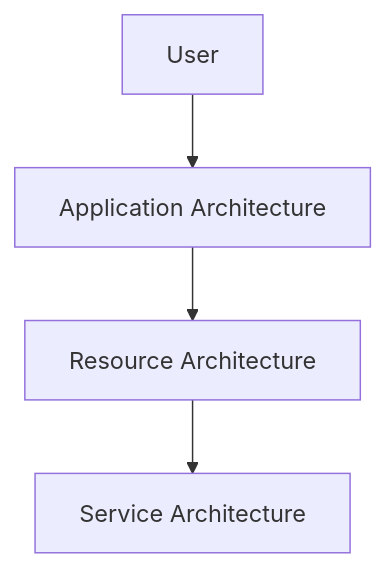
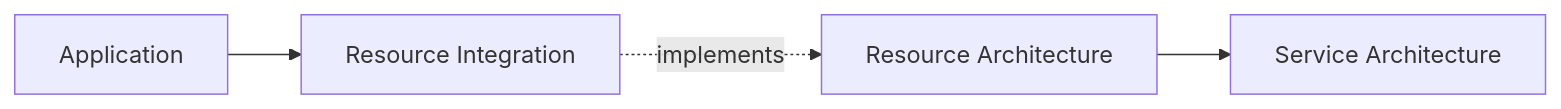
Before and after one commit to kjvonly/kjvonly.bible: the third of 6 diagrams in docs/PROJECT_CONTEXT.md, drawn with Mermaid. The commit also changed other lines of this file, not shown here.

````diff
--- a/docs/PROJECT_CONTEXT.md
+++ b/docs/PROJECT_CONTEXT.md
@@ -664,17 +761,17 @@
-```mermaid
-flowchart TD
+```mermaid id="j3s2pg"
+flowchart LR
 
-    User["User"]
+    Application
 
-    Application["Application Architecture"]
+    ResourceIntegration["Resource Integration"]
 
-    Resources["Resource Architecture"]
+    ResourceArchitecture["Resource Architecture"]
 
-    Services["Service Architecture"]
+    ServiceArchitecture["Service Architecture"]
 
-    User --> Application
+    Application --> ResourceIntegration
 
-    Application --> Resources
+    ResourceIntegration -.implements.-> ResourceArchitecture
 
-    Resources --> Services
+    ResourceArchitecture --> ServiceArchitecture
 ```
````
